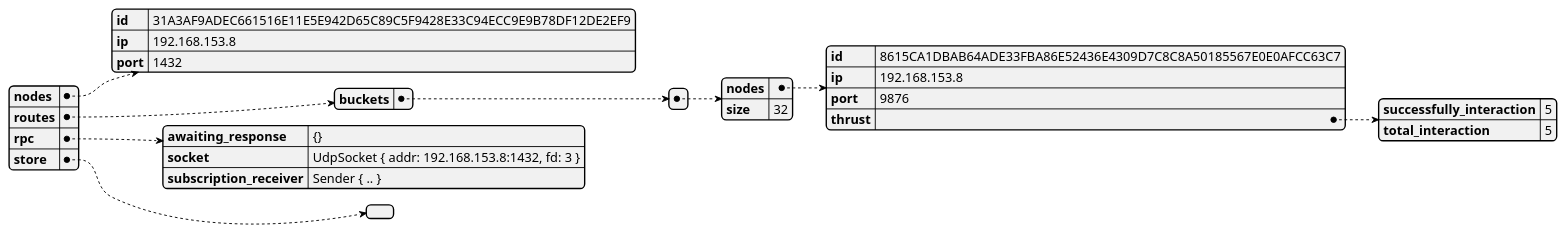
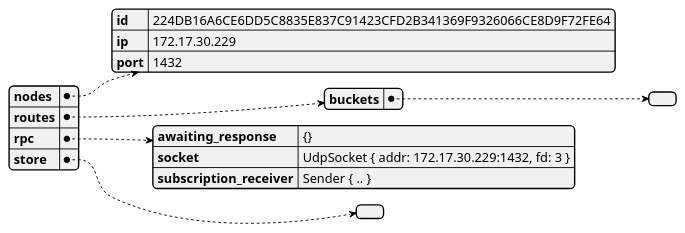
Before and after one commit to GoliathHagar/distributed_legder_kademlia: the diagram in src/distributed_legder/state_dumps/self.json.plantuml, drawn with PlantUML. The commit also changed 8 other files, not shown here.

```diff
--- a/src/distributed_legder/state_dumps/self.json.plantuml
+++ b/src/distributed_legder/state_dumps/self.json.plantuml
@@ -1,3 +1,3 @@
 @startjson
-{"nodes":{"id":"31A3AF9ADEC661516E11E5E942D65C89C5F9428E33C94ECC9E9B78DF12DE2EF9","ip":"192.168.153.8","port":1432},"routes":{"buckets":[{"nodes":{"id":"8615CA1DBAB64ADE33FBA86E52436E4309D7C8C8A50185567E0E0AFCC63C7","ip":"192.168.153.8","port":9876,"thrust":{"successfully_interaction":5,"total_interaction":5}},"size":32}]},"rpc":{"awaiting_response":"{}","socket":"UdpSocket { addr: 192.168.153.8:1432, fd: 3 }","subscription_receiver":"Sender { .. }"},"store":[]}
+{"nodes":{"id":"224DB16A6CE6DD5C8835E837C91423CFD2B341369F9326066CE8D9F72FE64","ip":"172.17.30.229","port":1432},"routes":{"buckets":[]},"rpc":{"awaiting_response":"{}","socket":"UdpSocket { addr: 172.17.30.229:1432, fd: 3 }","subscription_receiver":"Sender { .. }"},"store":[]}
 @endjson
```
